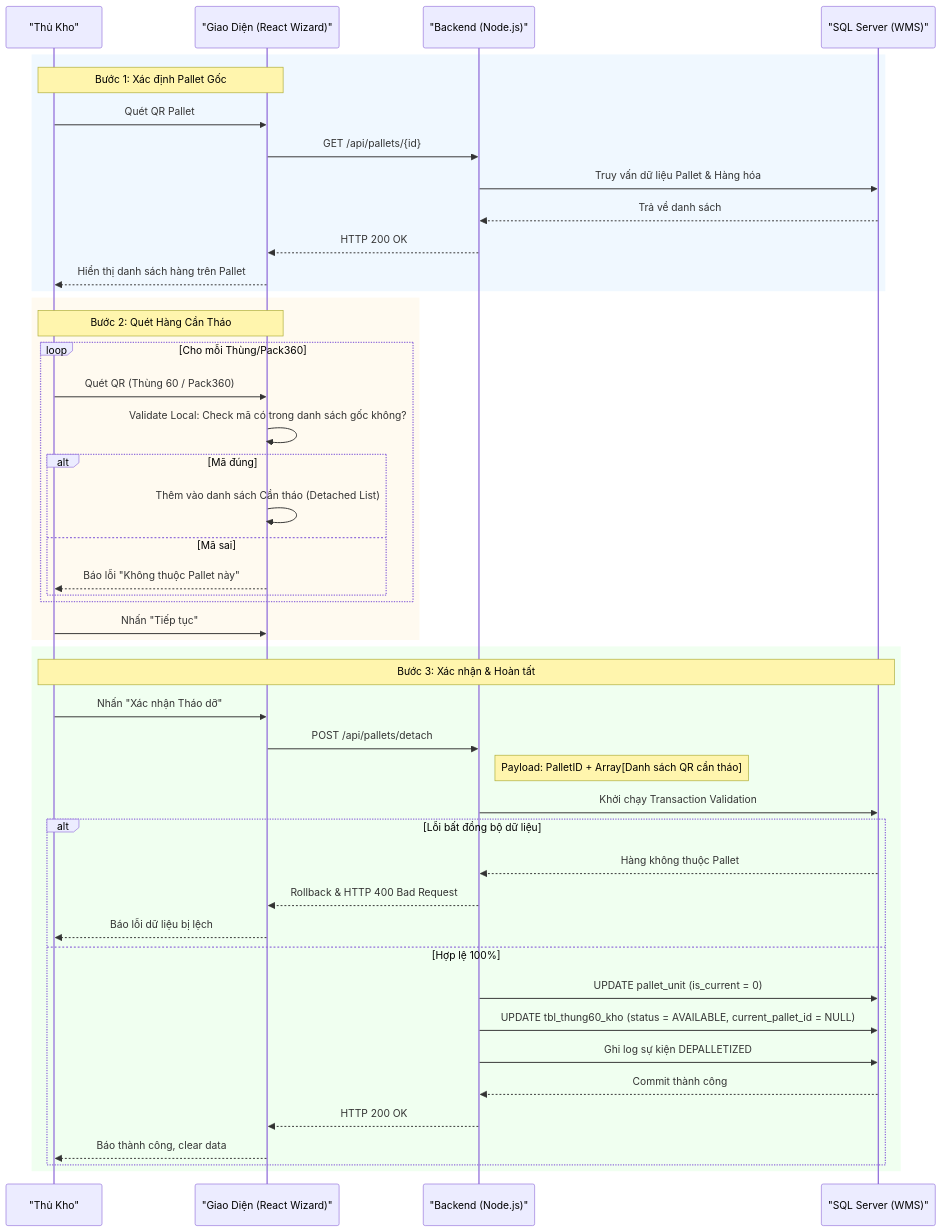
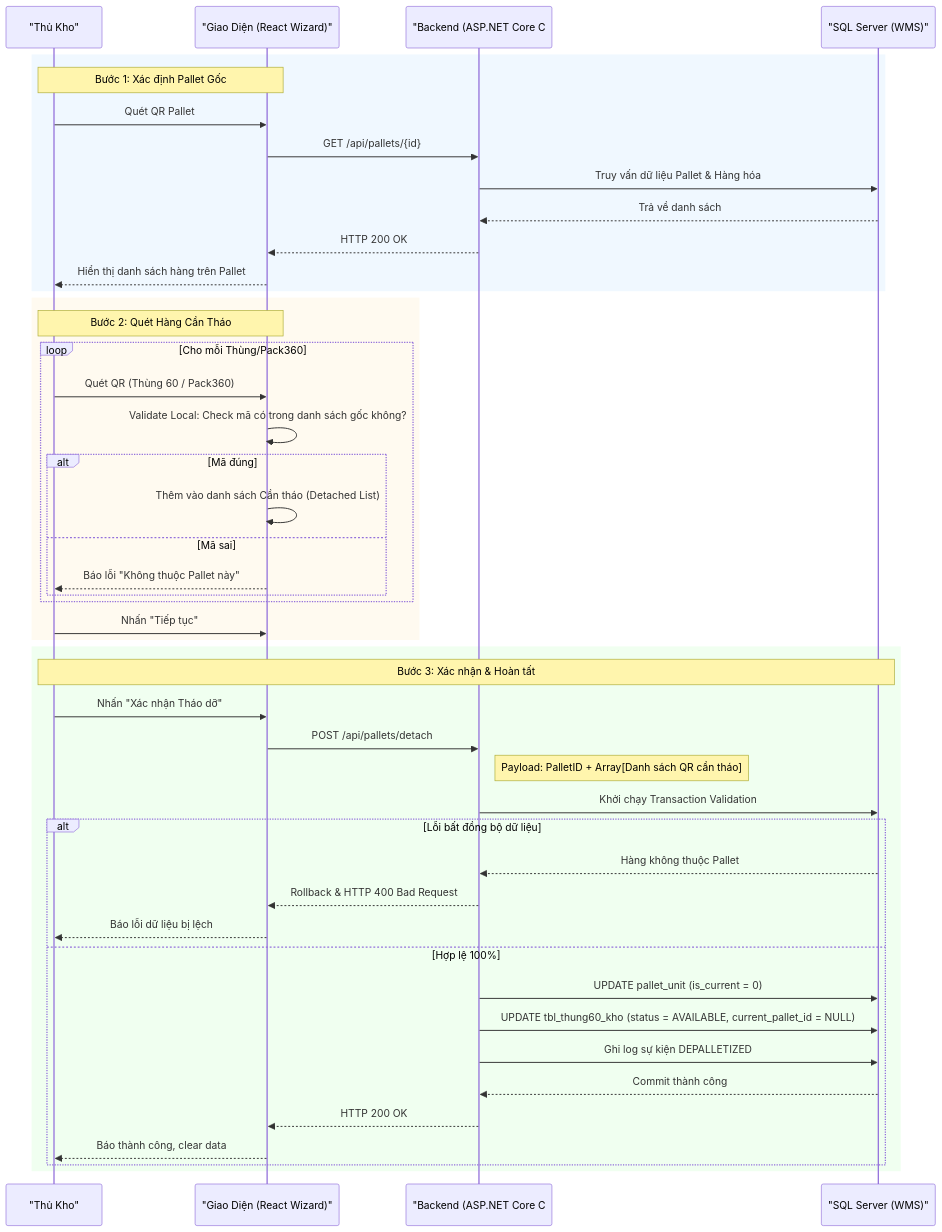
The first of 2 diagrams in 02_Process_UseCase/UC06.1_Depalletizing_Transfer.md (Sohoa-KNSG/wms1), drawn with Mermaid before and after one commit. The commit also changed other lines of this file and 13 other files, not shown here.

Commit message:
docs: Cập nhật tài liệu thiết kế loại bỏ thông tin backend Node.js

````diff
--- a/02_Process_UseCase/UC06.1_Depalletizing_Transfer.md
+++ b/02_Process_UseCase/UC06.1_Depalletizing_Transfer.md
@@ -85,52 +85,52 @@
 ```mermaid
 sequenceDiagram
     participant TK as "Thủ Kho"
     participant UI as "Giao Diện (React Wizard)"
-    participant API as "Backend (Node.js)"
+    participant API as "Backend (ASP.NET Core C#)"
     participant DB as "SQL Server (WMS)"
 
     rect rgb(240, 248, 255)
     Note over TK,UI: Bước 1: Xác định Pallet Gốc
     TK->>UI: Quét QR Pallet
     UI->>API: GET /api/pallets/{id}
     API->>DB: Truy vấn dữ liệu Pallet & Hàng hóa
     DB-->>API: Trả về danh sách
     API-->>UI: HTTP 200 OK
     UI-->>TK: Hiển thị danh sách hàng trên Pallet
     end
     
     rect rgb(255, 250, 240)
     Note over TK,UI: Bước 2: Quét Hàng Cần Tháo
     loop Cho mỗi Thùng/Pack360
         TK->>UI: Quét QR (Thùng 60 / Pack360)
         UI->>UI: Validate Local: Check mã có trong danh sách gốc không?
         alt Mã đúng
             UI->>UI: Thêm vào danh sách Cần tháo (Detached List)
         else Mã sai
             UI-->>TK: Báo lỗi "Không thuộc Pallet này"
         end
     end
     TK->>UI: Nhấn "Tiếp tục"
     end
     
     rect rgb(240, 255, 240)
     Note over TK,DB: Bước 3: Xác nhận & Hoàn tất
     TK->>UI: Nhấn "Xác nhận Tháo dỡ"
     UI->>API: POST /api/pallets/detach
     
     Note right of API: Payload: PalletID + Array[Danh sách QR cần tháo]
     API->>DB: Khởi chạy Transaction Validation
     alt Lỗi bất đồng bộ dữ liệu
         DB-->>API: Hàng không thuộc Pallet
         API-->>UI: Rollback & HTTP 400 Bad Request
         UI-->>TK: Báo lỗi dữ liệu bị lệch
     else Hợp lệ 100%
         API->>DB: UPDATE pallet_unit (is_current = 0)
         API->>DB: UPDATE tbl_thung60_kho (status = AVAILABLE, current_pallet_id = NULL)
         API->>DB: Ghi log sự kiện DEPALLETIZED
         DB-->>API: Commit thành công
         API-->>UI: HTTP 200 OK
         UI-->>TK: Báo thành công, clear data
     end
     end
 ```
````
